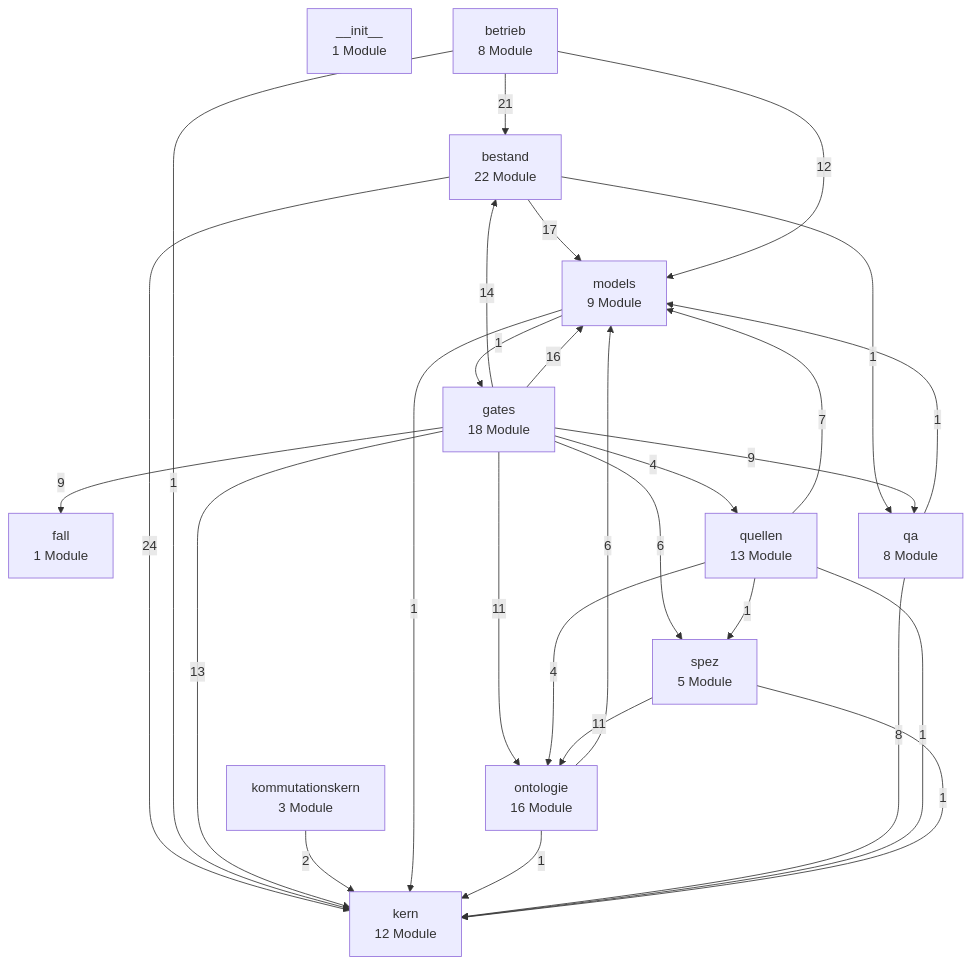
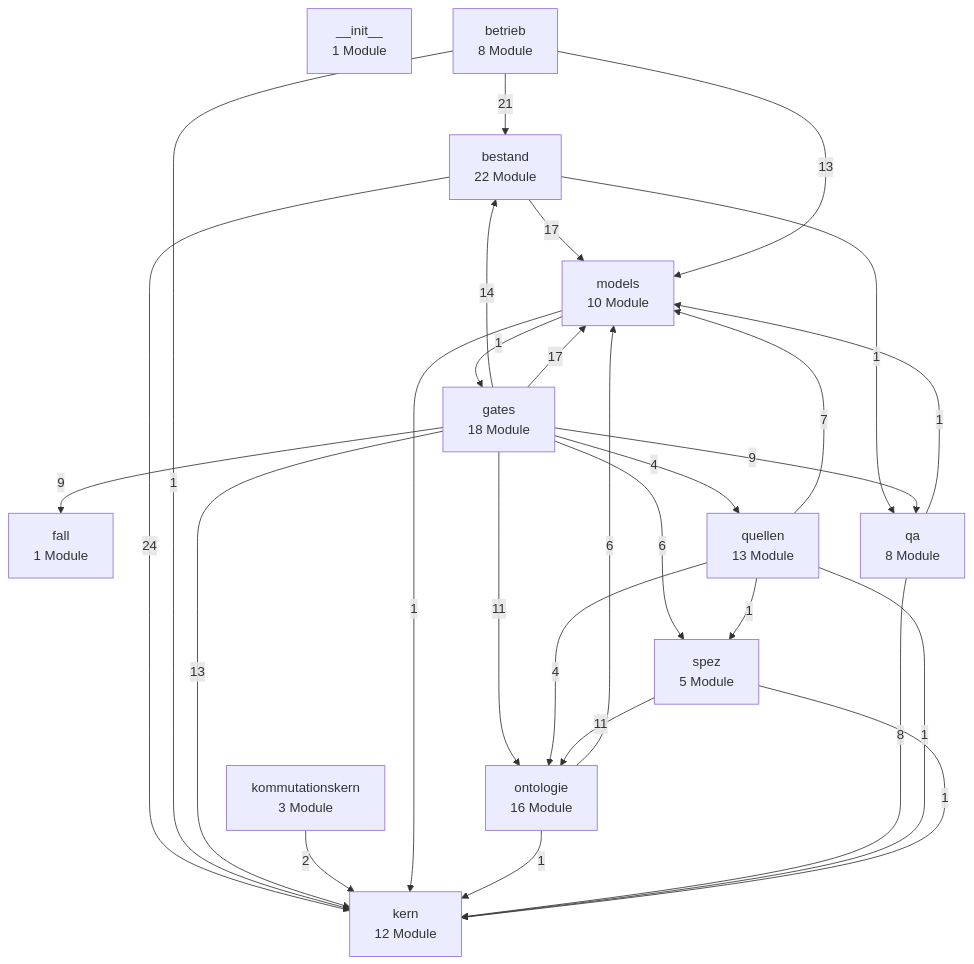
One commit to bartlmac/rechner-pipeline changed the first of 3 diagrams in docs/architektur/landkarte.md. Above: the diagram before and after it, drawn with Mermaid. The commit also changed other lines of this file and 4 other files, not shown here.

````diff
--- a/docs/architektur/landkarte.md
+++ b/docs/architektur/landkarte.md
@@ -27,43 +27,43 @@
 ```mermaid
 %% Schichten — erzeugt von ontologie.landkarte
 flowchart TD
     n__init__["__init__<br/>1 Module"]
     bestand["bestand<br/>22 Module"]
     betrieb["betrieb<br/>8 Module"]
     fall["fall<br/>1 Module"]
     gates["gates<br/>18 Module"]
     kern["kern<br/>12 Module"]
     kommutationskern["kommutationskern<br/>3 Module"]
-    models["models<br/>9 Module"]
+    models["models<br/>10 Module"]
     ontologie["ontologie<br/>16 Module"]
     qa["qa<br/>8 Module"]
     quellen["quellen<br/>13 Module"]
     spez["spez<br/>5 Module"]
     bestand -- 24 --> kern
     bestand -- 17 --> models
     bestand -- 1 --> qa
     betrieb -- 21 --> bestand
     betrieb -- 1 --> kern
-    betrieb -- 12 --> models
+    betrieb -- 13 --> models
     gates -- 14 --> bestand
     gates -- 9 --> fall
     gates -- 13 --> kern
-    gates -- 16 --> models
+    gates -- 17 --> models
     gates -- 11 --> ontologie
     gates -- 9 --> qa
     gates -- 4 --> quellen
     gates -- 6 --> spez
     kommutationskern -- 2 --> kern
     models -- 1 --> gates
     models -- 1 --> kern
     ontologie -- 1 --> kern
     ontologie -- 6 --> models
     qa -- 8 --> kern
     qa -- 1 --> models
     quellen -- 1 --> kern
     quellen -- 7 --> models
     quellen -- 4 --> ontologie
     quellen -- 1 --> spez
     spez -- 1 --> kern
     spez -- 11 --> ontologie
 ```
````
